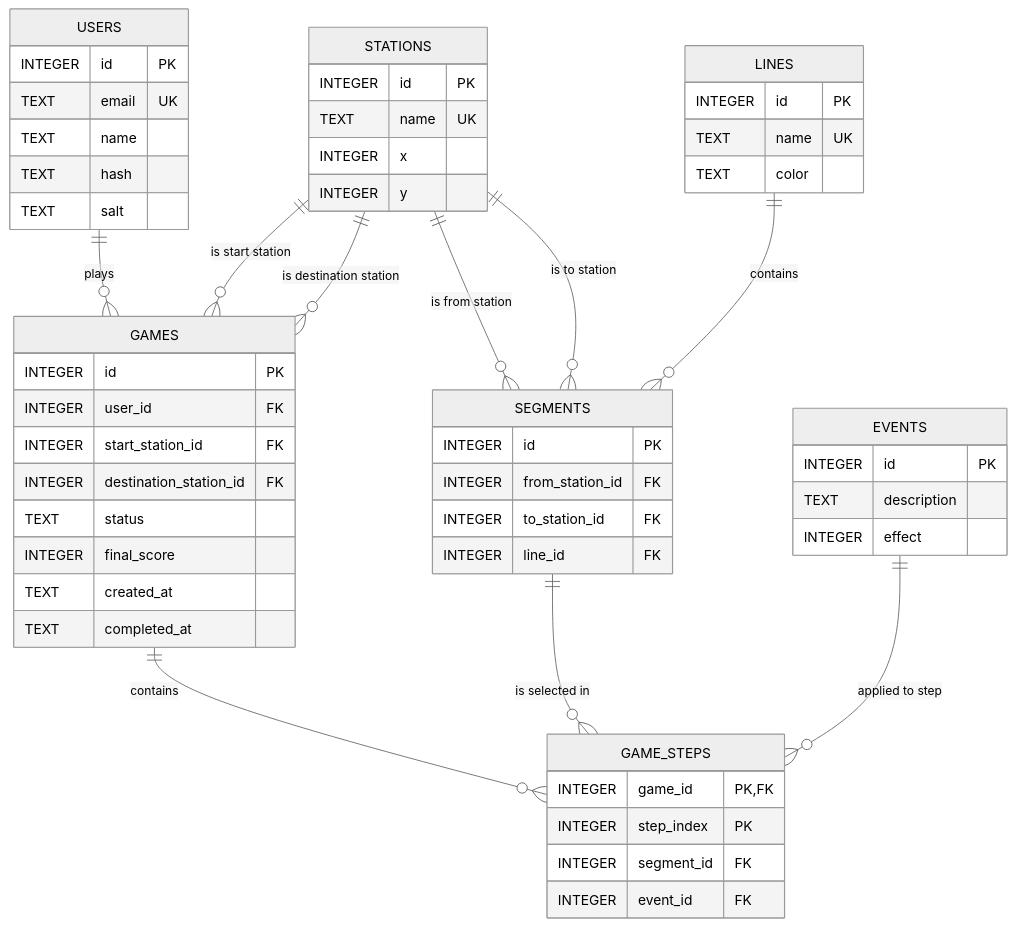
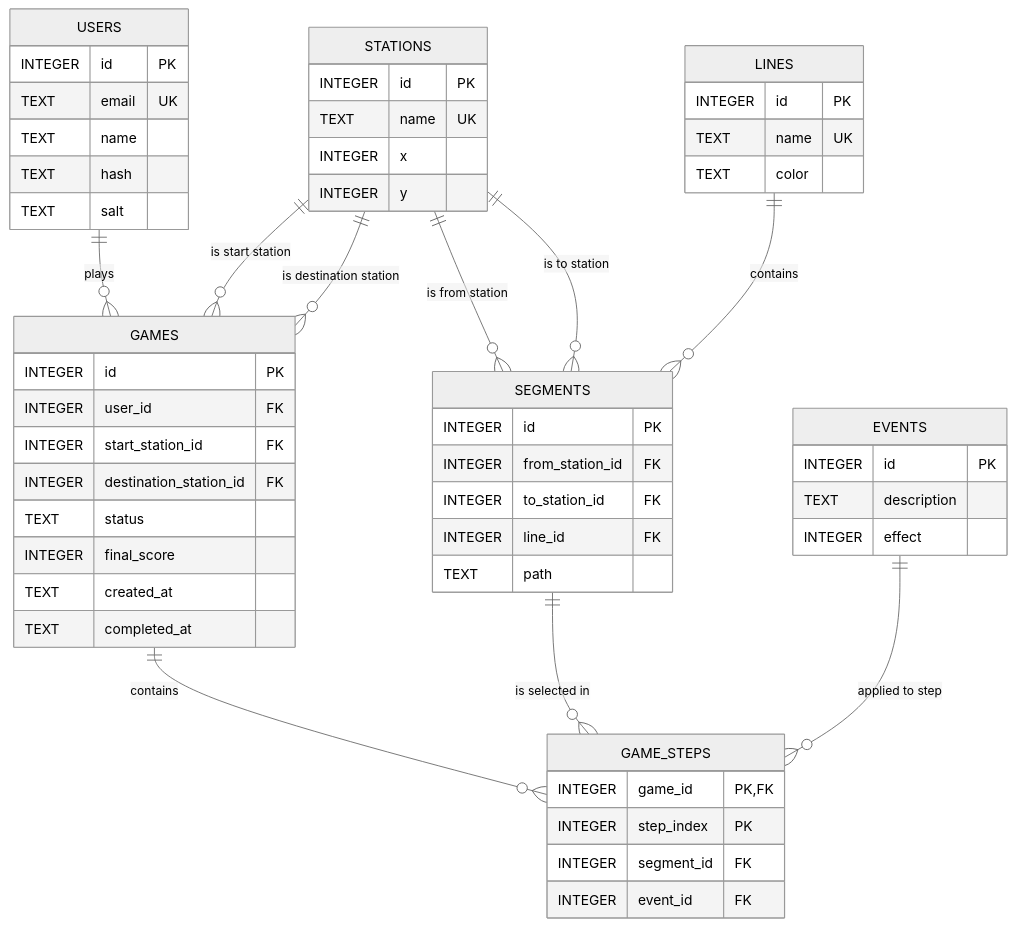
Before and after one commit to polito-WA1-2026-exam/exam-1-last-race-Stofplt: the diagram in docs/DB_RELATIONAL_MODEL.md, drawn with Mermaid (neutral theme). The commit also changed other lines of this file and 7 other files, not shown here.

````diff
--- a/docs/DB_RELATIONAL_MODEL.md
+++ b/docs/DB_RELATIONAL_MODEL.md
@@ -9,64 +9,65 @@
 ```mermaid
 erDiagram
     USERS ||--o{ GAMES : plays
     STATIONS ||--o{ GAMES : "is start station"
     STATIONS ||--o{ GAMES : "is destination station"
     GAMES ||--o{ GAME_STEPS : contains
     SEGMENTS ||--o{ GAME_STEPS : "is selected in"
     EVENTS ||--o{ GAME_STEPS : "applied to step"
     LINES ||--o{ SEGMENTS : contains
     STATIONS ||--o{ SEGMENTS : "is from station"
     STATIONS ||--o{ SEGMENTS : "is to station"
 
     USERS {
         INTEGER id PK
         TEXT email UK
         TEXT name
         TEXT hash
         TEXT salt
     }
 
     LINES {
         INTEGER id PK
         TEXT name UK
         TEXT color
     }
 
     STATIONS {
         INTEGER id PK
         TEXT name UK
         INTEGER x
         INTEGER y
     }
 
     SEGMENTS {
         INTEGER id PK
         INTEGER from_station_id FK
         INTEGER to_station_id FK
         INTEGER line_id FK
+        TEXT path
     }
 
     EVENTS {
         INTEGER id PK
         TEXT description
         INTEGER effect
     }
 
     GAMES {
         INTEGER id PK
         INTEGER user_id FK
         INTEGER start_station_id FK
         INTEGER destination_station_id FK
         TEXT status
         INTEGER final_score
         TEXT created_at
         TEXT completed_at
     }
 
     GAME_STEPS {
         INTEGER game_id PK,FK
         INTEGER step_index PK
         INTEGER segment_id FK
         INTEGER event_id FK
     }
 ```
````
